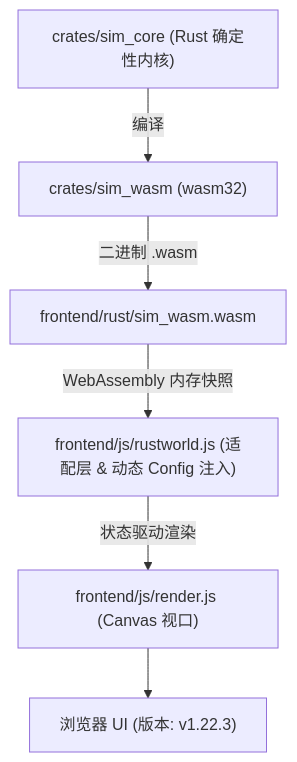
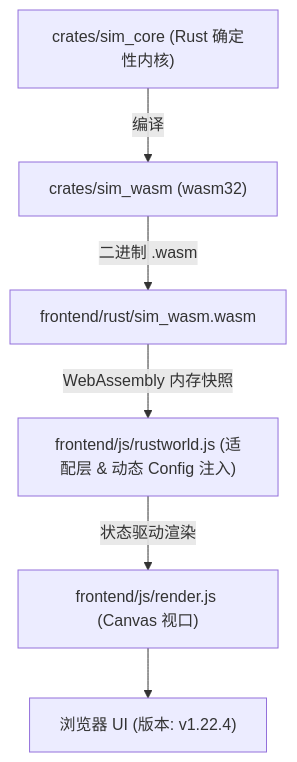
One commit to g39088902/FlowAndAccord changed the diagram in AGENTS.md. Above: the diagram before and after it, drawn with Mermaid. The commit also changed other lines of this file and 4 other files, not shown here.

````diff
--- a/AGENTS.md
+++ b/AGENTS.md
@@ -51,8 +51,8 @@
 ```mermaid
 graph TD
     A["crates/sim_core (Rust 确定性内核)"] -->|编译| B["crates/sim_wasm (wasm32)"]
     B -->|二进制 .wasm| C["frontend/rust/sim_wasm.wasm"]
     C -->|WebAssembly 内存快照| D["frontend/js/rustworld.js (适配层 & 动态 Config 注入)"]
     D -->|状态驱动渲染| E["frontend/js/render.js (Canvas 视口)"]
-    E --> F["浏览器 UI (版本: v1.22.3)"]
+    E --> F["浏览器 UI (版本: v1.22.4)"]
 ```
````
